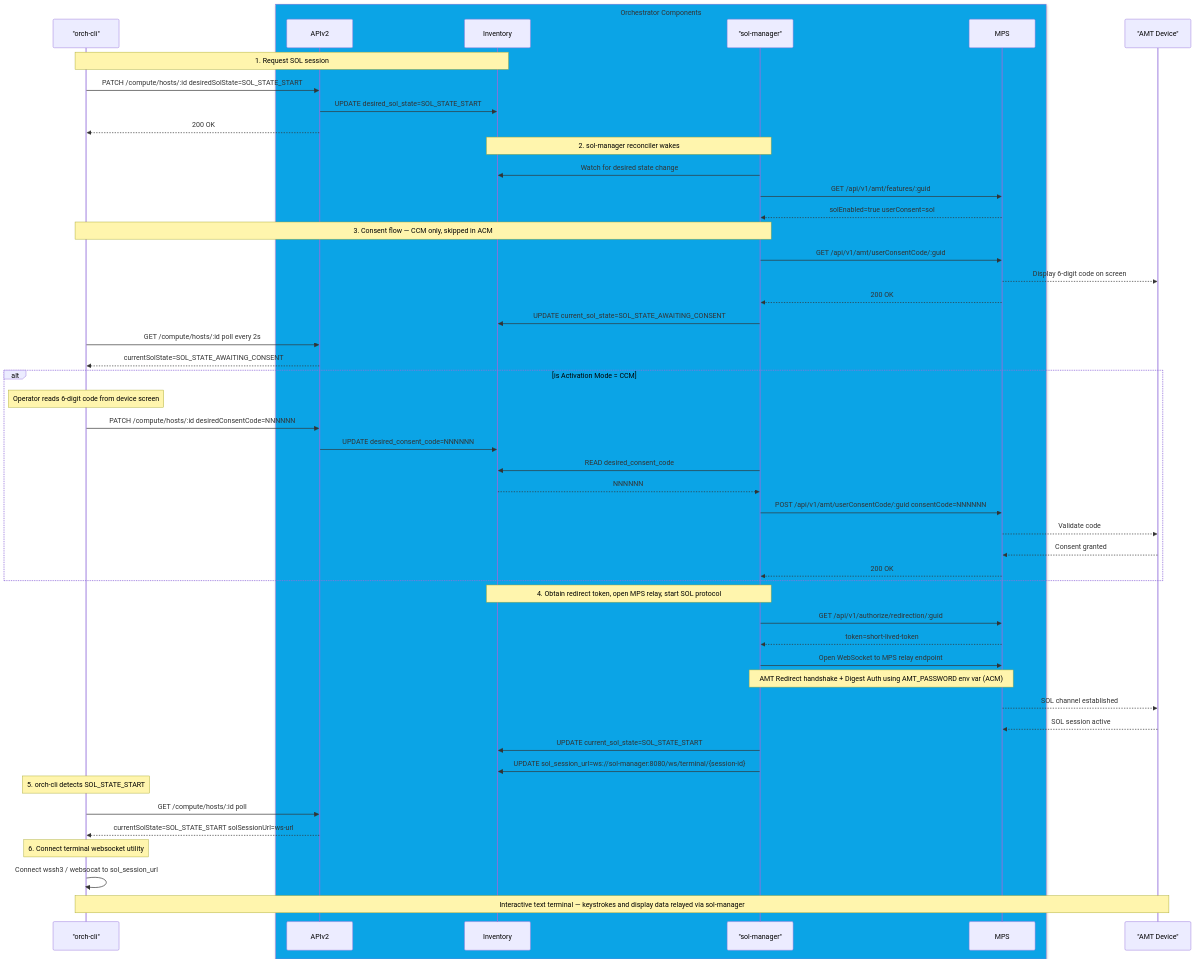
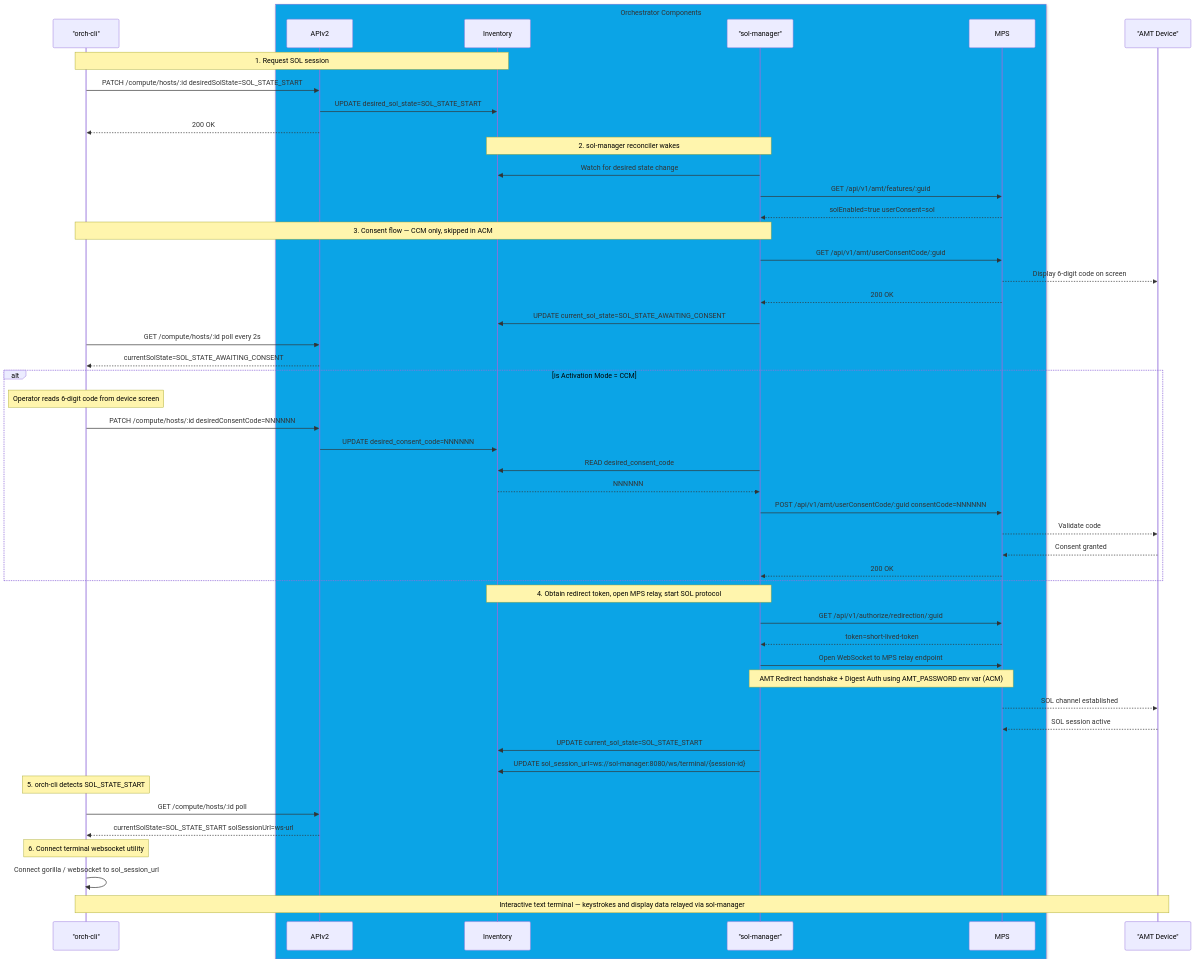
The second of 2 diagrams in design-proposals/vpro_sol_kvm.md (open-edge-platform/edge-manageability-framework), drawn with Mermaid before and after one commit.

````diff
--- a/design-proposals/vpro_sol_kvm.md
+++ b/design-proposals/vpro_sol_kvm.md
@@ -405,61 +405,61 @@
 ```mermaid
 sequenceDiagram
     participant CLI as "orch-cli"
 box rgba(11, 164, 230, 1) Orchestrator Components
     participant APIV2 as APIv2
     participant INV as Inventory
     participant SM as "sol-manager"
     participant MPS as MPS
 end
     participant AMT as "AMT Device"
 
     Note over CLI,INV: 1. Request SOL session
     CLI->>APIV2: PATCH /compute/hosts/:id desiredSolState=SOL_STATE_START
     APIV2->>INV: UPDATE desired_sol_state=SOL_STATE_START
     APIV2-->>CLI: 200 OK
 
     Note over SM,INV: 2. sol-manager reconciler wakes
     SM->>INV: Watch for desired state change
     SM->>MPS: GET /api/v1/amt/features/:guid
     MPS-->>SM: solEnabled=true userConsent=sol
 
     Note over SM,CLI: 3. Consent flow — CCM only, skipped in ACM
     SM->>MPS: GET /api/v1/amt/userConsentCode/:guid
     MPS-->>AMT: Display 6-digit code on screen
     MPS-->>SM: 200 OK
     SM->>INV: UPDATE current_sol_state=SOL_STATE_AWAITING_CONSENT
 
     CLI->>APIV2: GET /compute/hosts/:id poll every 2s
     APIV2-->>CLI: currentSolState=SOL_STATE_AWAITING_CONSENT
 
     alt is Activation Mode = CCM
     Note over CLI: Operator reads 6-digit code from device screen
     CLI->>APIV2: PATCH /compute/hosts/:id desiredConsentCode=NNNNNN
     APIV2->>INV: UPDATE desired_consent_code=NNNNNN
 
     SM->>INV: READ desired_consent_code
     INV-->>SM: NNNNNN
     SM->>MPS: POST /api/v1/amt/userConsentCode/:guid consentCode=NNNNNN
     MPS-->>AMT: Validate code
     AMT-->>MPS: Consent granted
     MPS-->>SM: 200 OK
     end
 
     Note over SM,INV: 4. Obtain redirect token, open MPS relay, start SOL protocol
     SM->>MPS: GET /api/v1/authorize/redirection/:guid
     MPS-->>SM: token=short-lived-token
     SM->>MPS: Open WebSocket to MPS relay endpoint
     Note over SM,MPS: AMT Redirect handshake + Digest Auth using AMT_PASSWORD env var (ACM)
     MPS-->>AMT: SOL channel established
     AMT-->>MPS: SOL session active
     SM->>INV: UPDATE current_sol_state=SOL_STATE_START
     SM->>INV: UPDATE sol_session_url=ws://sol-manager:8080/ws/terminal/{session-id}
 
     Note over CLI: 5. orch-cli detects SOL_STATE_START 
     CLI->>APIV2: GET /compute/hosts/:id poll
     APIV2-->>CLI: currentSolState=SOL_STATE_START solSessionUrl=ws-url
 
     Note over CLI: 6. Connect terminal websocket utility
-    CLI->>CLI: Connect wssh3 / websocat to sol_session_url
+    CLI->>CLI: Connect gorilla / websocket to sol_session_url
     Note over CLI,AMT: Interactive text terminal — keystrokes and display data relayed via sol-manager
 ```
````
